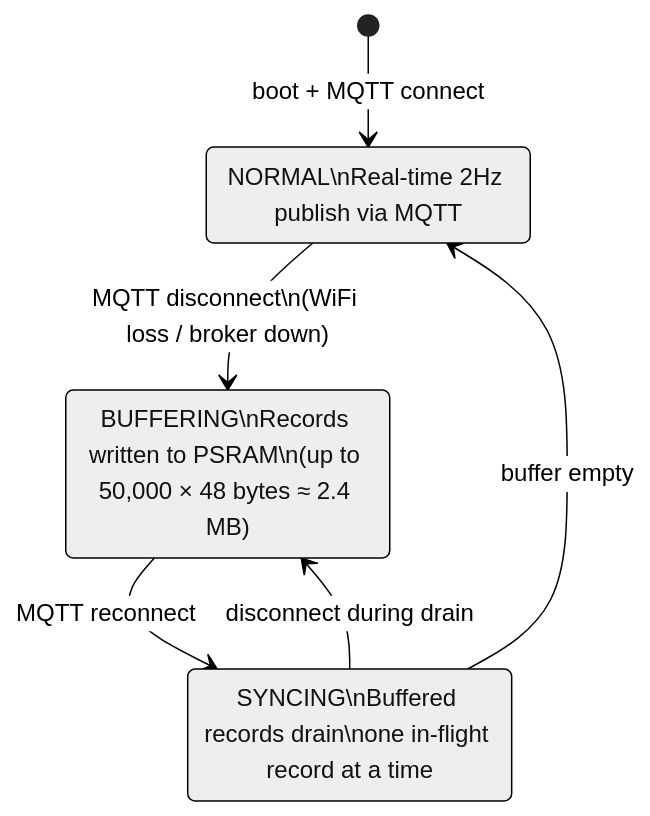
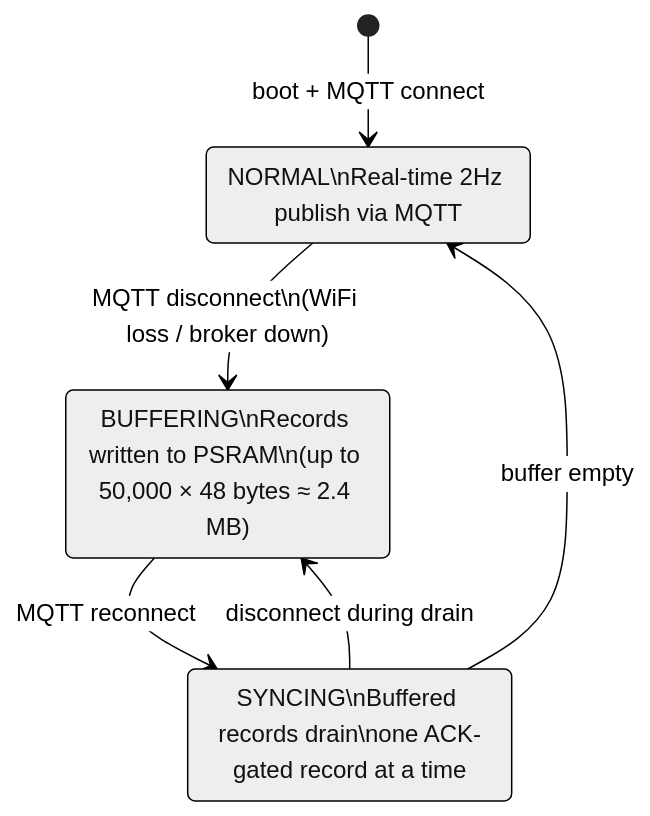
The second of 3 diagrams in docs/architecture.md (markPVale/industrial-sensor-pipeline), drawn with Mermaid (neutral theme) before and after one commit. The commit also changed other lines of this file and 4 other files, not shown here.

First line of the commit message:
docs: correct store-and-forward claims for the ACK-gated path

````diff
--- a/docs/architecture.md
+++ b/docs/architecture.md
@@ -49,14 +55,14 @@
 ```mermaid
 stateDiagram-v2
     [*] --> NORMAL : boot + MQTT connect
 
     NORMAL --> BUFFERING : MQTT disconnect\n(WiFi loss / broker down)
     BUFFERING --> SYNCING : MQTT reconnect
 
     NORMAL : NORMAL\nReal-time 2Hz publish via MQTT
     BUFFERING : BUFFERING\nRecords written to PSRAM\n(up to 50,000 × 48 bytes ≈ 2.4 MB)
-    SYNCING : SYNCING\nBuffered records drain\none in-flight record at a time
+    SYNCING : SYNCING\nBuffered records drain\none ACK-gated record at a time
 
     SYNCING --> NORMAL : buffer empty
     SYNCING --> BUFFERING : disconnect during drain
 ```
````
